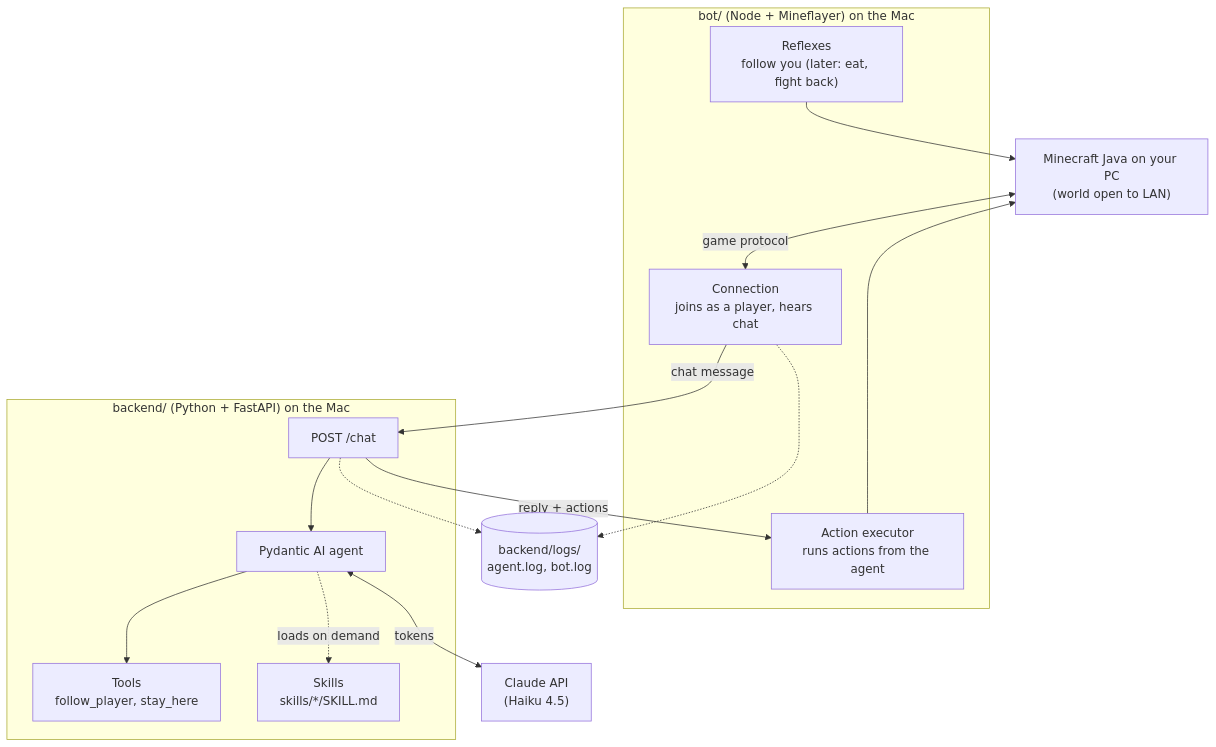
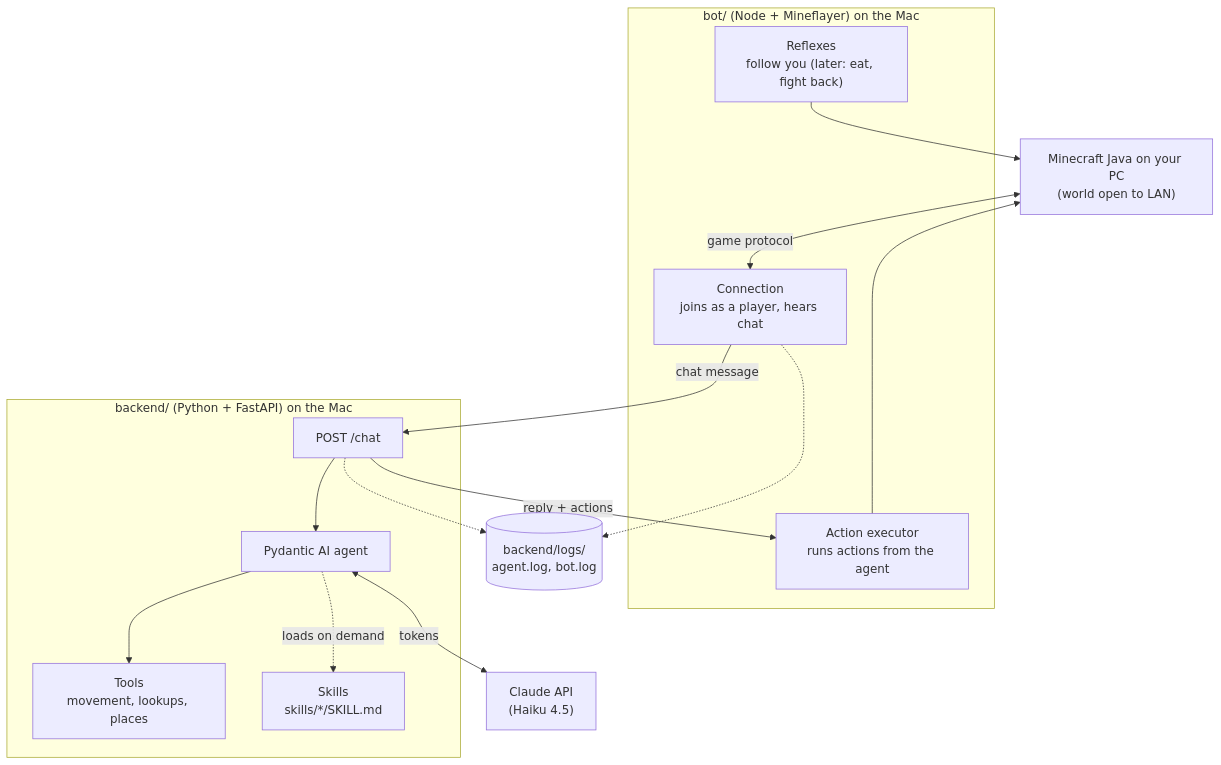
The first of 4 diagrams in docs/architecture.md (tascoma/minecraft-agent), drawn with Mermaid before and after one commit. The commit also changed other lines of this file and 15 other files, not shown here.

First line of the commit message:
Add movement commands, named places and door support

````diff
--- a/docs/architecture.md
+++ b/docs/architecture.md
@@ -11,32 +11,32 @@
 ```mermaid
 flowchart TB
     MC["Minecraft Java on your PC<br/>(world open to LAN)"]
 
     subgraph BOT["bot/ (Node + Mineflayer) on the Mac"]
         conn["Connection<br/>joins as a player, hears chat"]
         reflex["Reflexes<br/>follow you (later: eat, fight back)"]
         exec["Action executor<br/>runs actions from the agent"]
     end
 
     subgraph BACKEND["backend/ (Python + FastAPI) on the Mac"]
         route["POST /chat"]
         agent["Pydantic AI agent"]
-        tools["Tools<br/>follow_player, stay_here"]
+        tools["Tools<br/>movement, lookups, places"]
         skills["Skills<br/>skills/*/SKILL.md"]
     end
 
     CLAUDE["Claude API<br/>(Haiku 4.5)"]
     logs[("backend/logs/<br/>agent.log, bot.log")]
 
     MC <-->|"game protocol"| conn
     conn -->|"chat message"| route
     route --> agent
     agent <-->|"tokens"| CLAUDE
     agent --> tools
     agent -.->|"loads on demand"| skills
     route -->|"reply + actions"| exec
     exec --> MC
     reflex --> MC
     conn -.-> logs
     route -.-> logs
 ```
````
